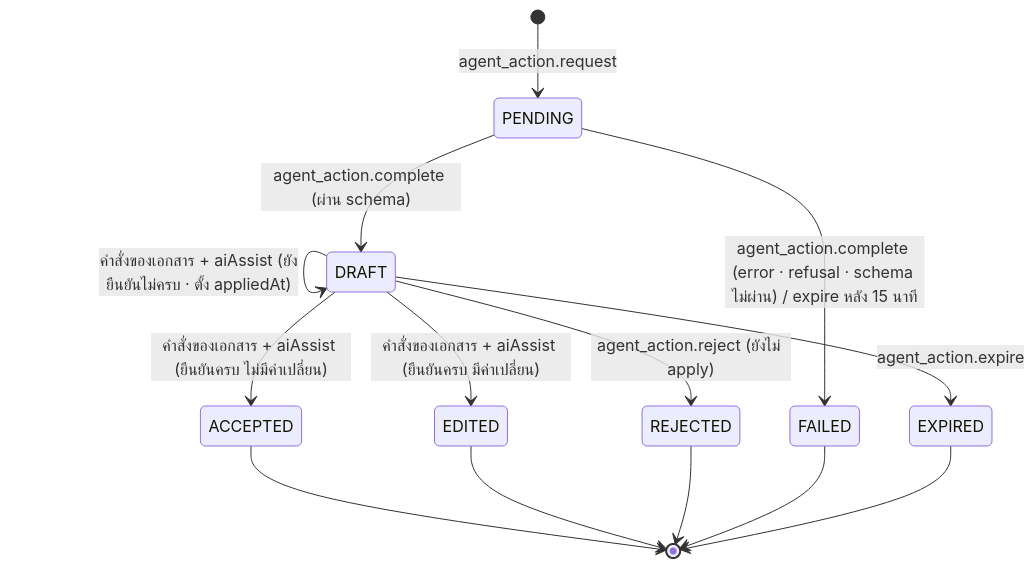
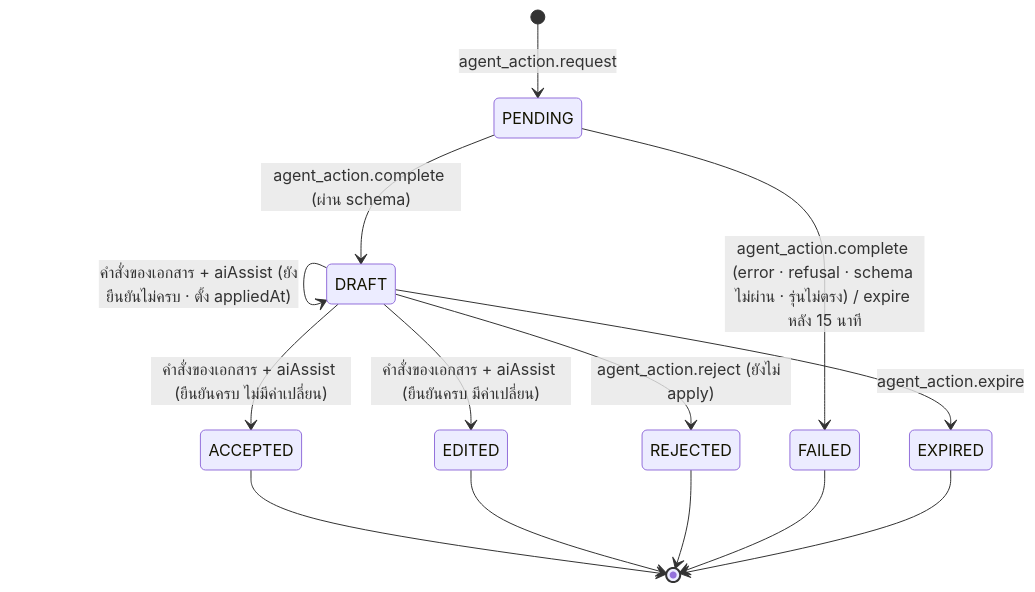
The diagram in docs/sub-specs/S13.md (keng-tavorn/bcs), drawn with Mermaid before and after one commit. The commit also changed other lines of this file and 5 other files, not shown here.

````diff
--- a/docs/sub-specs/S13.md
+++ b/docs/sub-specs/S13.md
@@ -93,16 +100,16 @@
 ```mermaid
 stateDiagram-v2
   [*] --> PENDING: agent_action.request
   PENDING --> DRAFT: agent_action.complete (ผ่าน schema)
-  PENDING --> FAILED: agent_action.complete (error · refusal · schema ไม่ผ่าน) / expire หลัง 15 นาที
+  PENDING --> FAILED: agent_action.complete (error · refusal · schema ไม่ผ่าน · รุ่นไม่ตรง) / expire หลัง 15 นาที
   DRAFT --> DRAFT: คำสั่งของเอกสาร + aiAssist (ยังยืนยันไม่ครบ · ตั้ง appliedAt)
   DRAFT --> ACCEPTED: คำสั่งของเอกสาร + aiAssist (ยืนยันครบ ไม่มีค่าเปลี่ยน)
   DRAFT --> EDITED: คำสั่งของเอกสาร + aiAssist (ยืนยันครบ มีค่าเปลี่ยน)
   DRAFT --> REJECTED: agent_action.reject (ยังไม่ apply)
   DRAFT --> EXPIRED: agent_action.expire
   ACCEPTED --> [*]
   EDITED --> [*]
   REJECTED --> [*]
   FAILED --> [*]
   EXPIRED --> [*]
 ```
````
